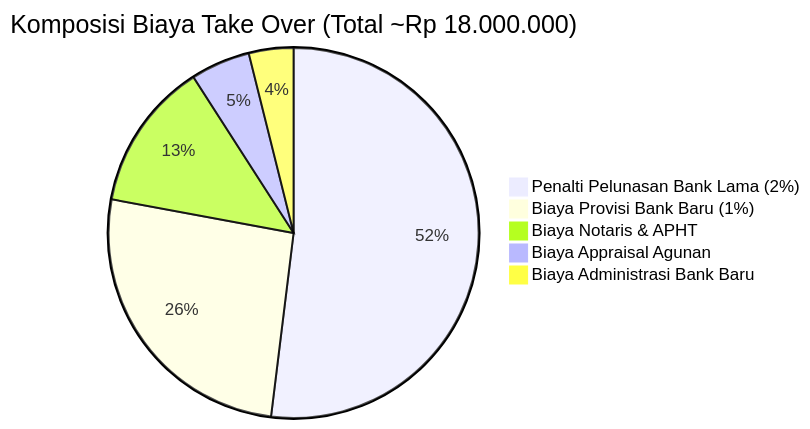
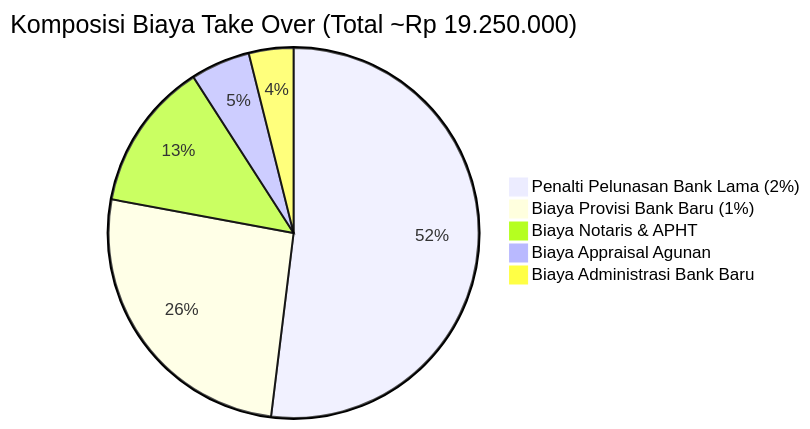
Before and after one commit to gems-fn123/kpr-refinance-model: the second of 3 diagrams in docs/market_research_kpr_indonesia.md, drawn with Mermaid. The commit also changed other lines of this file, not shown here.

````diff
--- a/docs/market_research_kpr_indonesia.md
+++ b/docs/market_research_kpr_indonesia.md
@@ -321,8 +321,8 @@
 ```mermaid
-pie title Komposisi Biaya Take Over (Total ~Rp 18.000.000)
+pie title Komposisi Biaya Take Over (Total ~Rp 19.250.000)
     "Penalti Pelunasan Bank Lama (2%)" : 10000000
     "Biaya Provisi Bank Baru (1%)" : 5000000
     "Biaya Notaris & APHT" : 2500000
     "Biaya Appraisal Agunan" : 1000000
     "Biaya Administrasi Bank Baru" : 750000
 ```
````
